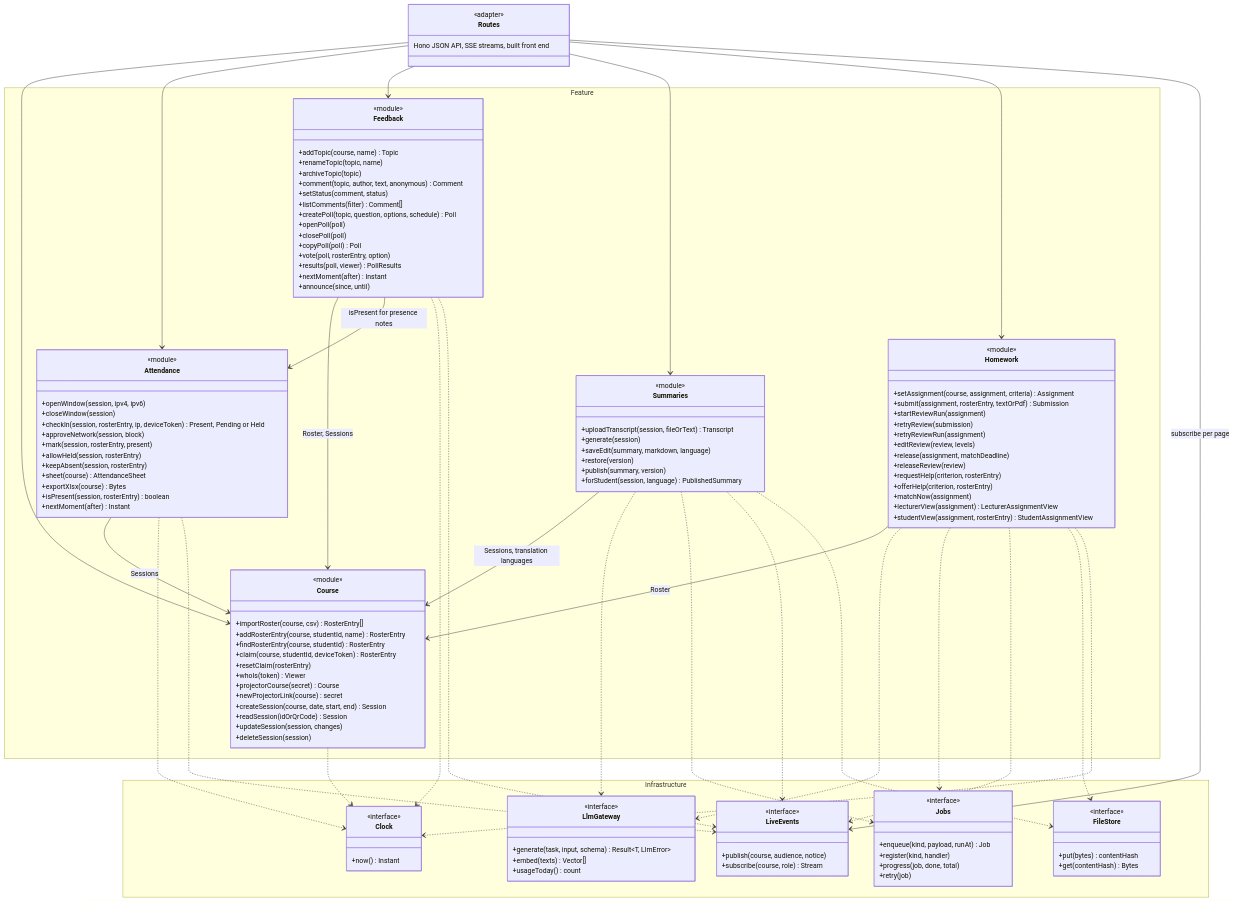
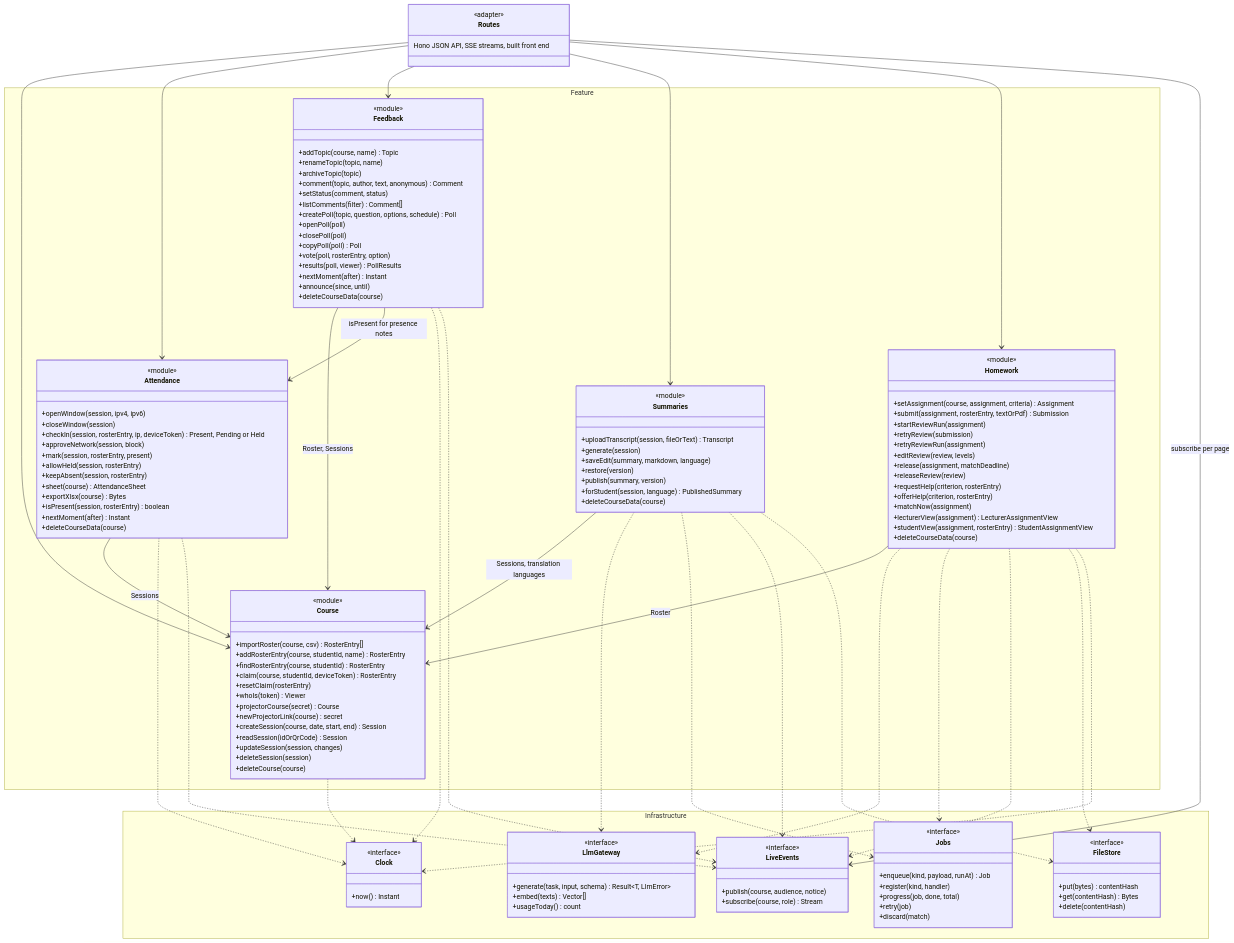
One commit to ofeq-dev/class-connect changed the first of 7 diagrams in docs/diagrams/class-diagram.md. Above: the diagram before and after it, drawn with Mermaid. The commit also changed 18 other files, not shown here.

```diff
--- a/docs/diagrams/class-diagram.md
+++ b/docs/diagrams/class-diagram.md
@@ -32,6 +32,7 @@
       +readSession(idOrQrCode) Session
       +updateSession(session, changes)
       +deleteSession(session)
+      +deleteCourse(course)
     }
     class Attendance {
       <<module>>
@@ -46,6 +47,7 @@
       +exportXlsx(course) Bytes
       +isPresent(session, rosterEntry) boolean
       +nextMoment(after) Instant
+      +deleteCourseData(course)
     }
     class Feedback {
       <<module>>
@@ -63,6 +65,7 @@
       +results(poll, viewer) PollResults
       +nextMoment(after) Instant
       +announce(since, until)
+      +deleteCourseData(course)
     }
     class Summaries {
       <<module>>
@@ -72,6 +75,7 @@
       +restore(version)
       +publish(summary, version)
       +forStudent(session, language) PublishedSummary
+      +deleteCourseData(course)
     }
     class Homework {
       <<module>>
@@ -88,6 +92,7 @@
       +matchNow(assignment)
       +lecturerView(assignment) LecturerAssignmentView
       +studentView(assignment, rosterEntry) StudentAssignmentView
+      +deleteCourseData(course)
     }
   }
 
@@ -104,6 +109,7 @@
       +register(kind, handler)
       +progress(job, done, total)
       +retry(job)
+      +discard(match)
     }
     class LiveEvents {
       <<interface>>
@@ -118,6 +124,7 @@
       <<interface>>
       +put(bytes) contentHash
       +get(contentHash) Bytes
+      +delete(contentHash)
     }
   }
 
```
